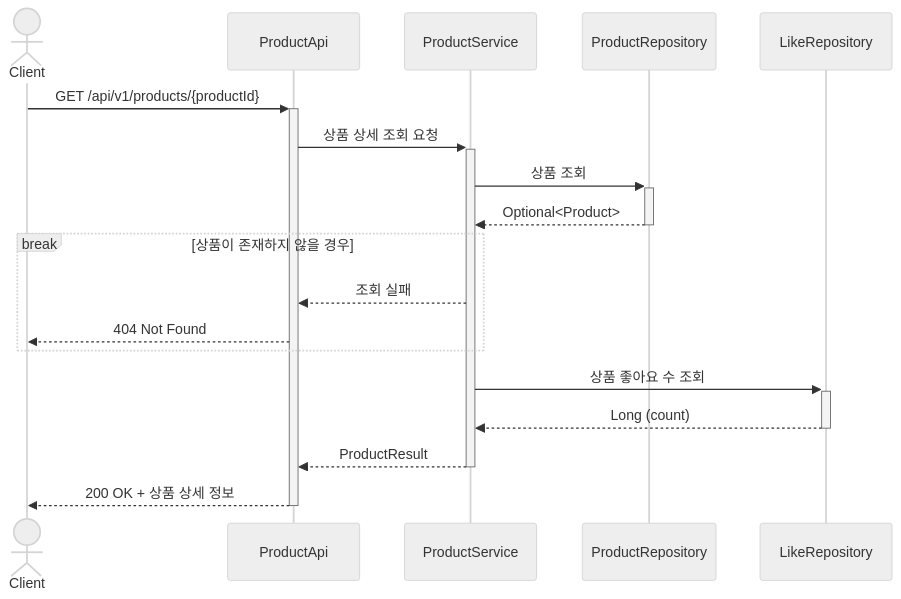
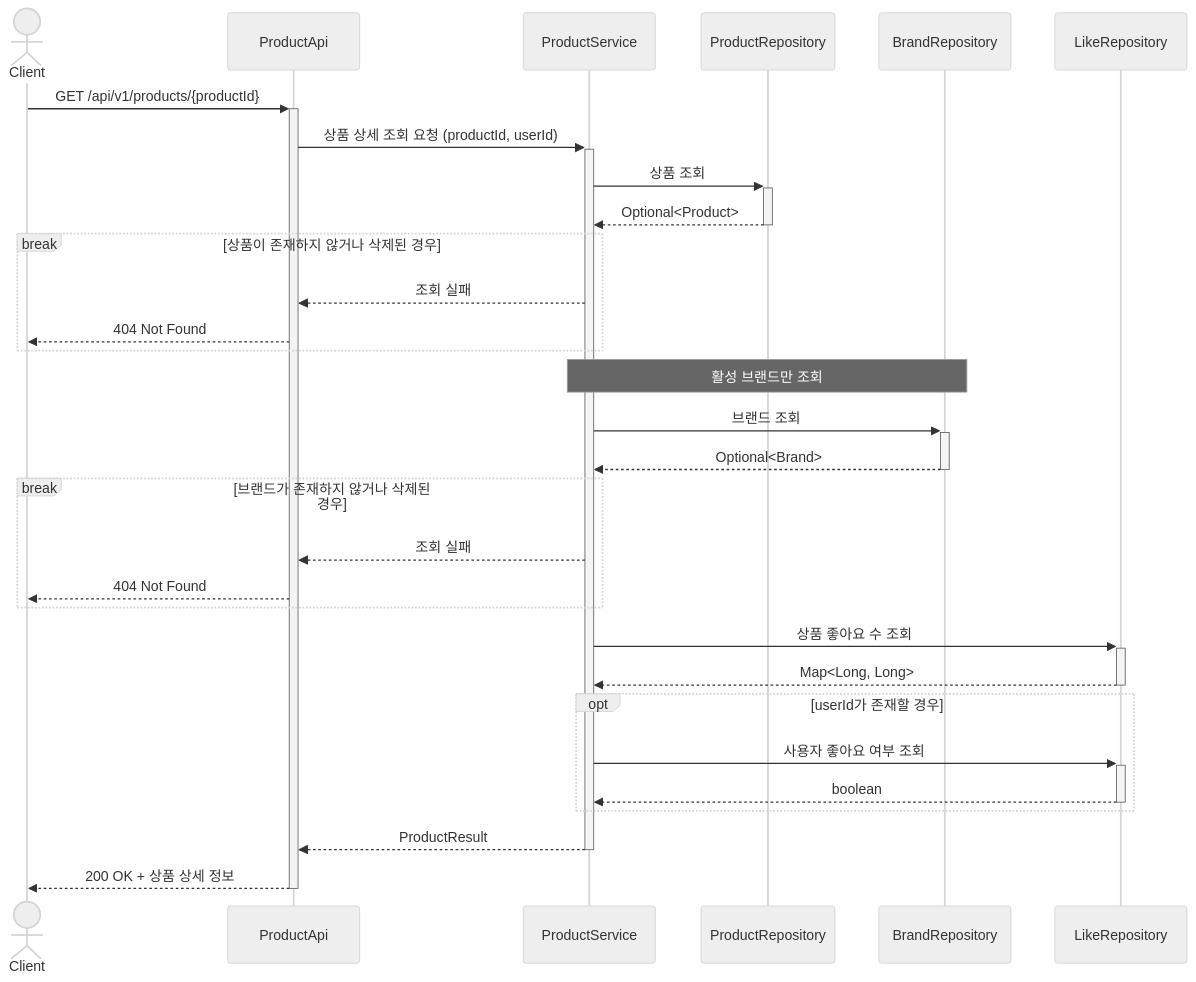
One commit to Loopers-dev-lab/loop-pack-be-l2-vol3-java changed diagram 15 of 23 in .docs/design/02-sequence-diagrams.md. Above: the diagram before and after it, drawn with Mermaid (neutral theme). The commit also changed other lines of this file and 18 other files, not shown here.

````diff
--- a/.docs/design/02-sequence-diagrams.md
+++ b/.docs/design/02-sequence-diagrams.md
@@ -483,25 +498,40 @@
 ```mermaid
 sequenceDiagram
     actor Client
     participant ProductApi
     participant ProductService
     participant ProductRepository
+    participant BrandRepository
     participant LikeRepository
 
     Client ->>+ ProductApi: GET /api/v1/products/{productId}
-    ProductApi ->>+ ProductService: 상품 상세 조회 요청
+    ProductApi ->>+ ProductService: 상품 상세 조회 요청 (productId, userId)
 
     ProductService ->>+ ProductRepository: 상품 조회
     ProductRepository -->>- ProductService: Optional<Product>
 
-    break 상품이 존재하지 않을 경우
+    break 상품이 존재하지 않거나 삭제된 경우
+        ProductService -->> ProductApi: 조회 실패
+        ProductApi -->> Client: 404 Not Found
+    end
+
+    Note over ProductService, BrandRepository: 활성 브랜드만 조회
+    ProductService ->>+ BrandRepository: 브랜드 조회
+    BrandRepository -->>- ProductService: Optional<Brand>
+
+    break 브랜드가 존재하지 않거나 삭제된 경우
         ProductService -->> ProductApi: 조회 실패
         ProductApi -->> Client: 404 Not Found
     end
 
     ProductService ->>+ LikeRepository: 상품 좋아요 수 조회
-    LikeRepository -->>- ProductService: Long (count)
+    LikeRepository -->>- ProductService: Map<Long, Long>
+
+    opt userId가 존재할 경우
+        ProductService ->>+ LikeRepository: 사용자 좋아요 여부 조회
+        LikeRepository -->>- ProductService: boolean
+    end
 
     ProductService -->>- ProductApi: ProductResult
     ProductApi -->>- Client: 200 OK + 상품 상세 정보
 ```
````
